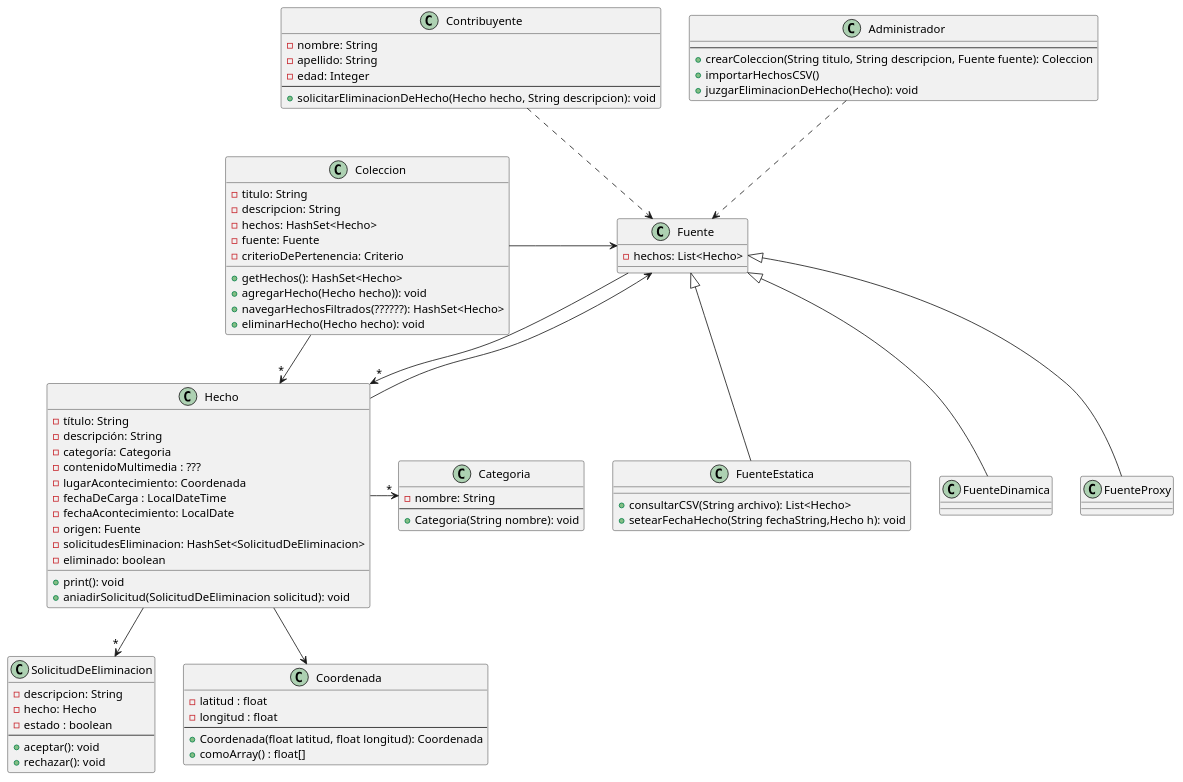
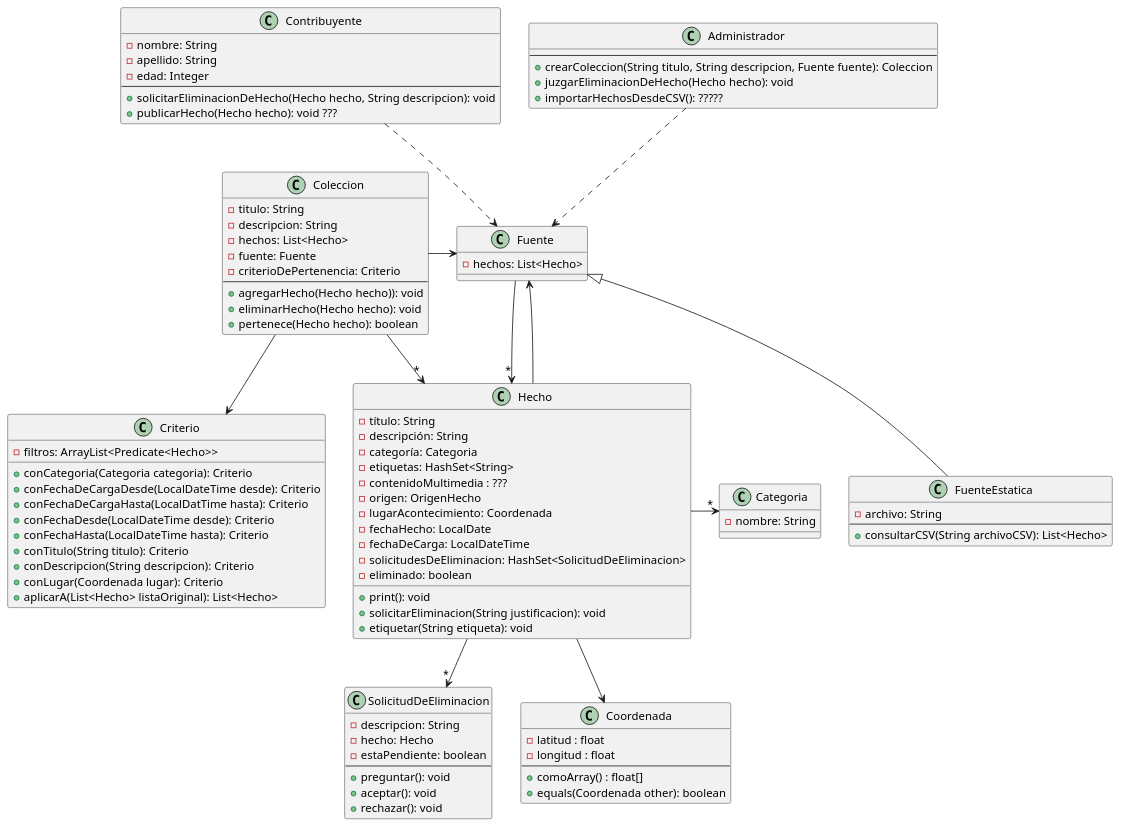
The diagram in DiagDeClases.puml (faustorod1/MetaMapa), drawn with PlantUML before and after one commit.

Commit message:
Actualización DDC. (Algunos métodos con ??? quedan pendientes a implementar)

```diff
--- a/DiagDeClases.puml
+++ b/DiagDeClases.puml
@@ -1,101 +1,115 @@
 @startuml
 
 class Hecho{
 - título: String
 - descripción: String
 - categoría: Categoria
+- etiquetas: HashSet<String>
 - contenidoMultimedia : ???
+- origen: OrigenHecho
 - lugarAcontecimiento: Coordenada
-- fechaDeCarga : LocalDateTime
-- fechaAcontecimiento: LocalDate
-- origen: Fuente
-- solicitudesEliminacion: HashSet<SolicitudDeEliminacion>
+- fechaHecho: LocalDate
+- fechaDeCarga: LocalDateTime
+- solicitudesDeEliminacion: HashSet<SolicitudDeEliminacion>
 - eliminado: boolean
 
 + print(): void
-+ aniadirSolicitud(SolicitudDeEliminacion solicitud): void
++ solicitarEliminacion(String justificacion): void
++ etiquetar(String etiqueta): void
 }
 
 class Categoria{
 - nombre: String
---
-+ Categoria(String nombre): void
 }
 
 class Contribuyente{
 - nombre: String
 - apellido: String
 - edad: Integer
 --
 + solicitarEliminacionDeHecho(Hecho hecho, String descripcion): void
++ publicarHecho(Hecho hecho): void ???
 }
 
 class Administrador {
 --
 + crearColeccion(String titulo, String descripcion, Fuente fuente): Coleccion
-+ importarHechosCSV()
-+ juzgarEliminacionDeHecho(Hecho): void
++ juzgarEliminacionDeHecho(Hecho hecho): void
++ importarHechosDesdeCSV(): ?????
 }
 
 class Coleccion{
 - titulo: String
 - descripcion: String
-- hechos: HashSet<Hecho>
+- hechos: List<Hecho>
 - fuente: Fuente
 - criterioDePertenencia: Criterio
+--
++ agregarHecho(Hecho hecho)): void
++ eliminarHecho(Hecho hecho): void
++ pertenece(Hecho hecho): boolean
+}
 
+class Criterio{
+- filtros: ArrayList<Predicate<Hecho>>
 
-+ getHechos(): HashSet<Hecho>
-+ agregarHecho(Hecho hecho)): void
-+ navegarHechosFiltrados(??????): HashSet<Hecho>
-+ eliminarHecho(Hecho hecho): void
++ conCategoria(Categoria categoria): Criterio
++ conFechaDeCargaDesde(LocalDateTime desde): Criterio
++ conFechaDeCargaHasta(LocalDatTime hasta): Criterio
++ conFechaDesde(LocalDateTime desde): Criterio
++ conFechaHasta(LocalDateTime hasta): Criterio
++ conTitulo(String titulo): Criterio
++ conDescripcion(String descripcion): Criterio
++ conLugar(Coordenada lugar): Criterio
++ aplicarA(List<Hecho> listaOriginal): List<Hecho>
 }
+
 
 class SolicitudDeEliminacion{
 - descripcion: String
 - hecho: Hecho
-- estado : boolean
+- estaPendiente: boolean
 --
++ preguntar(): void
 + aceptar(): void
 + rechazar(): void
 }
 
 class Fuente{
 - hechos: List<Hecho>
 
 }
 
 class FuenteEstatica{
-
-+ consultarCSV(String archivo): List<Hecho>
-+ setearFechaHecho(String fechaString,Hecho h): void
+- archivo: String
+--
++ consultarCSV(String archivoCSV): List<Hecho>
 }
 
 class Coordenada{
 - latitud : float
 - longitud : float
 --
-+ Coordenada(float latitud, float longitud): Coordenada
 + comoArray() : float[]
++ equals(Coordenada other): boolean
 }
 
 Contribuyente .d.> Fuente
 Administrador .d.> Fuente
 
 Hecho --> Coordenada
 Hecho -r->"*" Categoria
 Hecho -d->"*" SolicitudDeEliminacion
 Coleccion -->"*" Hecho
+Coleccion --> Criterio
 
 Hecho --> Fuente
 Coleccion -r-> Fuente
 
 Fuente -->"*" Hecho
+FuenteEstatica -u-|> Fuente
 
-FuenteEstatica -u-|> Fuente
-FuenteDinamica -u-|> Fuente
-FuenteProxy -u-|> Fuente
 
 
 
 @enduml
```
